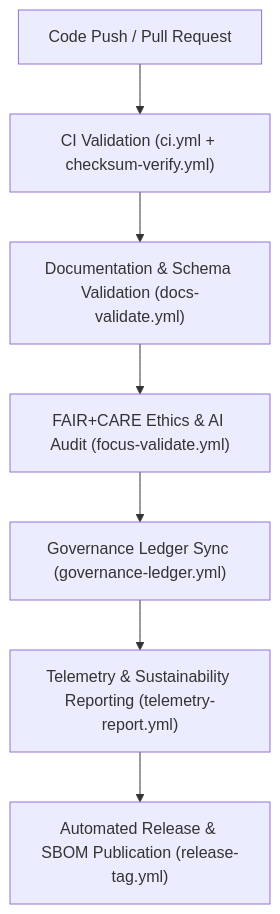
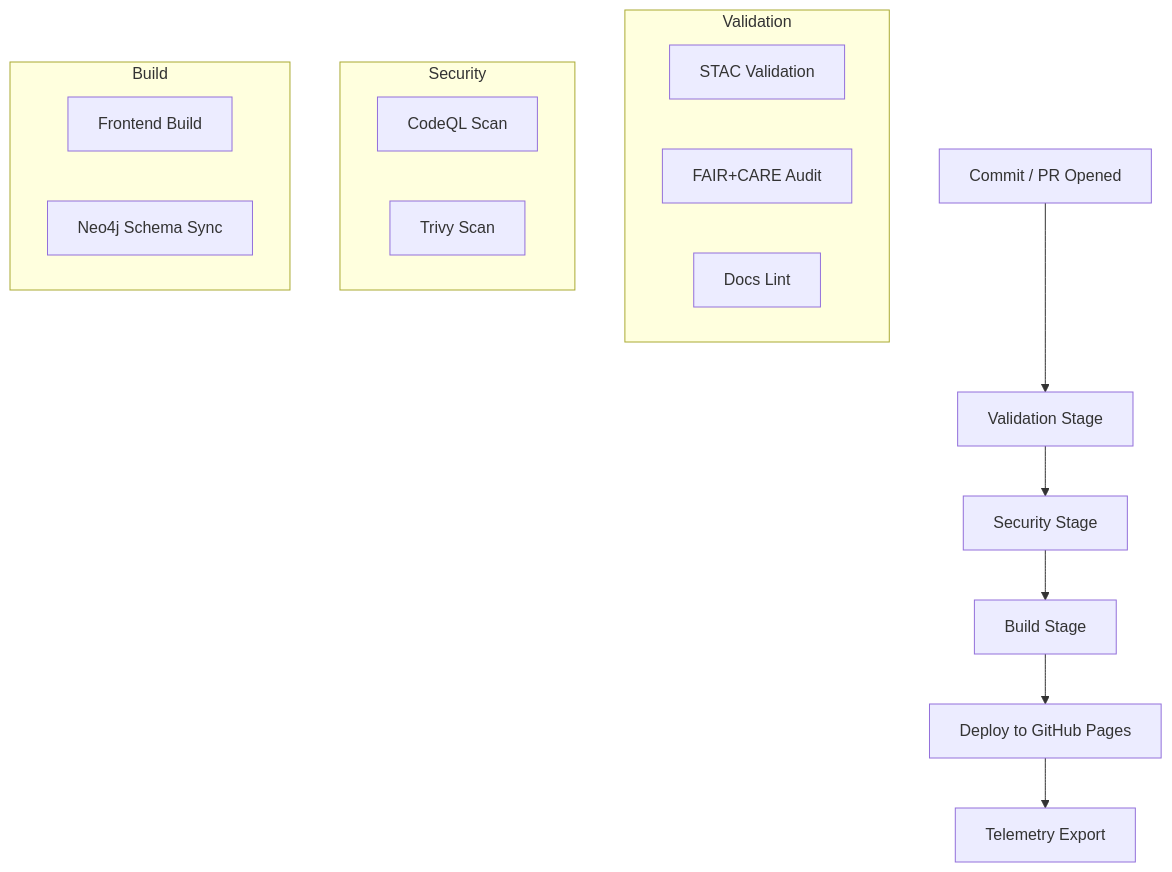
Before and after one commit to bartytime4life/Kansas-Frontier-Matrix: the diagram in .github/README.md, drawn with Mermaid. The commit also changed other lines of this file, not shown here.

````diff
--- a/.github/README.md
+++ b/.github/README.md
@@ -75,9 +132,24 @@
 ```mermaid
 flowchart TD
-    A["Code Push / Pull Request"] --> B["CI Validation (ci.yml + checksum-verify.yml)"]
-    B --> C["Documentation & Schema Validation (docs-validate.yml)"]
-    C --> D["FAIR+CARE Ethics & AI Audit (focus-validate.yml)"]
-    D --> E["Governance Ledger Sync (governance-ledger.yml)"]
-    E --> F["Telemetry & Sustainability Reporting (telemetry-report.yml)"]
-    F --> G["Automated Release & SBOM Publication (release-tag.yml)"]
+A["Commit / PR Opened"] --> B["Validation Stage"]
+B --> C["Security Stage"]
+C --> D["Build Stage"]
+D --> E["Deploy to GitHub Pages"]
+E --> F["Telemetry Export"]
+
+subgraph Validation
+B1["STAC Validation"]
+B2["FAIR+CARE Audit"]
+B3["Docs Lint"]
+end
+
+subgraph Security
+C1["CodeQL Scan"]
+C2["Trivy Scan"]
+end
+
+subgraph Build
+D1["Frontend Build"]
+D2["Neo4j Schema Sync"]
+end
 ```
````
